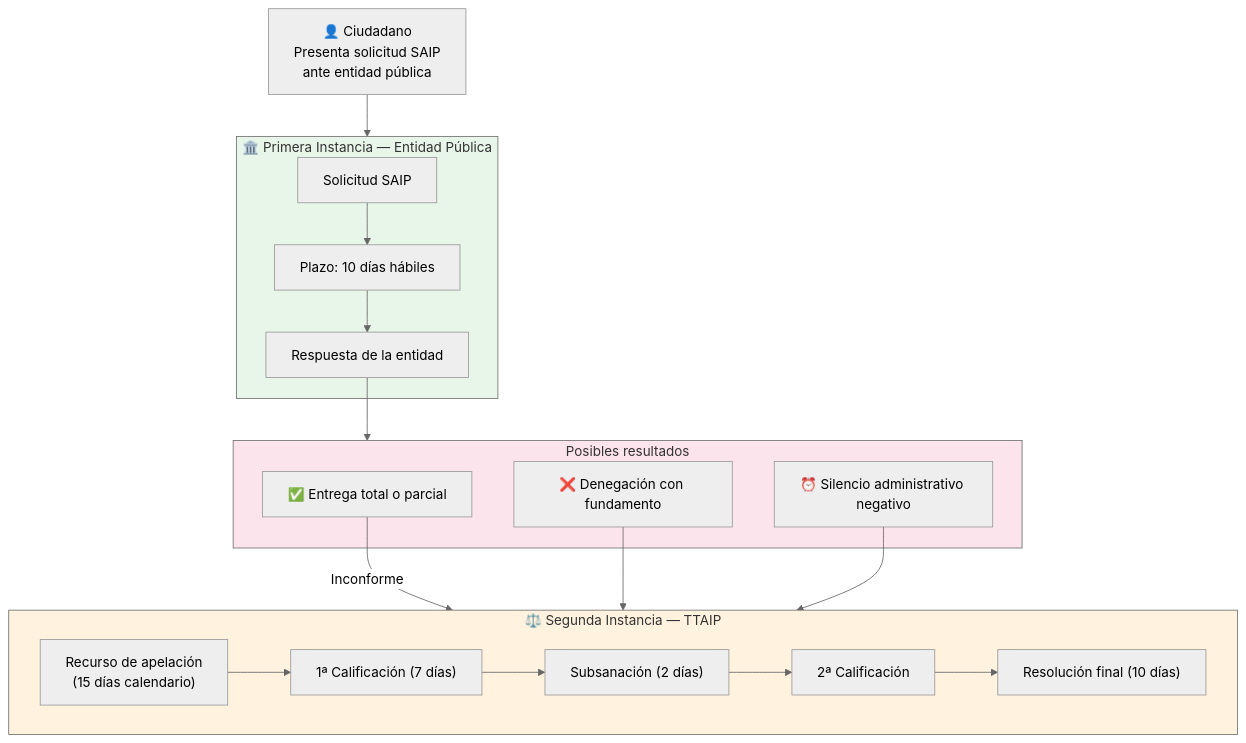
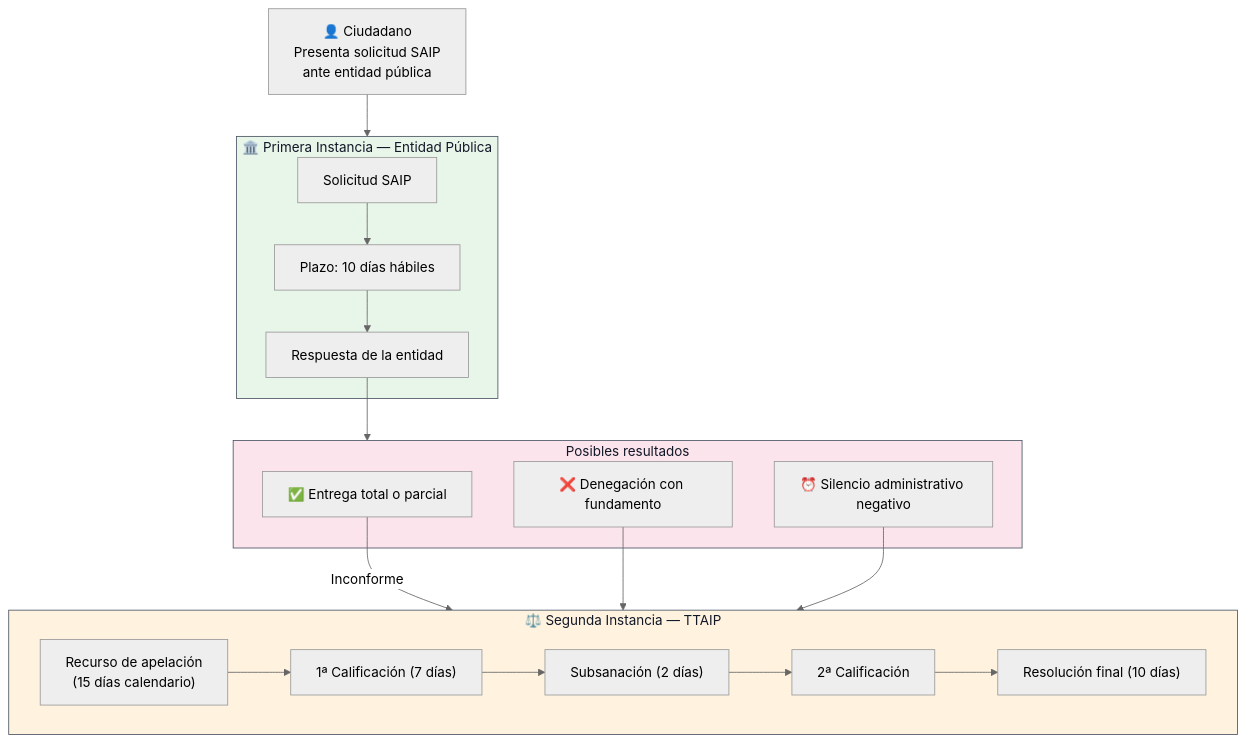
The fourth of 7 diagrams in docs/src/content/docs/introduccion/contexto-proyecto.mdx (transparenciapublicadev/plataforma-saip-apelaciones), drawn with Mermaid (neutral theme) before and after one commit. The commit also changed other lines of this file and 4 other files, not shown here.

First line of the commit message:
✨ feat(docs): improve Mermaid contrast and add docs CI workflow

````diff
--- a/docs/src/content/docs/introduccion/contexto-proyecto.mdx
+++ b/docs/src/content/docs/introduccion/contexto-proyecto.mdx
@@ -185,40 +185,40 @@
 ```mermaid
 graph TD
     CIUDADANO["👤 Ciudadano<br/>Presenta solicitud SAIP<br/>ante entidad pública"]
     
     subgraph Primera["🏛️ Primera Instancia — Entidad Pública"]
         SAIP["Solicitud SAIP"]
         PLAZO1["Plazo: 10 días hábiles"]
         RESP["Respuesta de la entidad"]
         SAIP --> PLAZO1
         PLAZO1 --> RESP
     end
     
     subgraph Respuestas["Posibles resultados"]
         R1["✅ Entrega total o parcial"]
         R2["❌ Denegación con fundamento"]
         R3["⏰ Silencio administrativo negativo"]
     end
     
     subgraph Segunda["⚖️ Segunda Instancia — TTAIP"]
         APEL["Recurso de apelación<br/>(15 días calendario)"]
         CAL1["1ª Calificación (7 días)"]
         SUBS["Subsanación (2 días)"]
         CAL2["2ª Calificación"]
         RESOL["Resolución final (10 días)"]
         APEL --> CAL1
         CAL1 --> SUBS
         SUBS --> CAL2
         CAL2 --> RESOL
     end
     
     CIUDADANO --> Primera
     RESP --> Respuestas
     R1 --> |"Inconforme"| Segunda
     R2 --> Segunda
     R3 --> Segunda
     
-    style Primera fill:#e8f5e9
-    style Segunda fill:#fff3e0
-    style Respuestas fill:#fce4ec
+    style Primera fill:#e8f5e9,color:#111827,stroke:#4b5563,stroke-width:1px
+    style Segunda fill:#fff3e0,color:#111827,stroke:#4b5563,stroke-width:1px
+    style Respuestas fill:#fce4ec,color:#111827,stroke:#4b5563,stroke-width:1px
 ```
````
